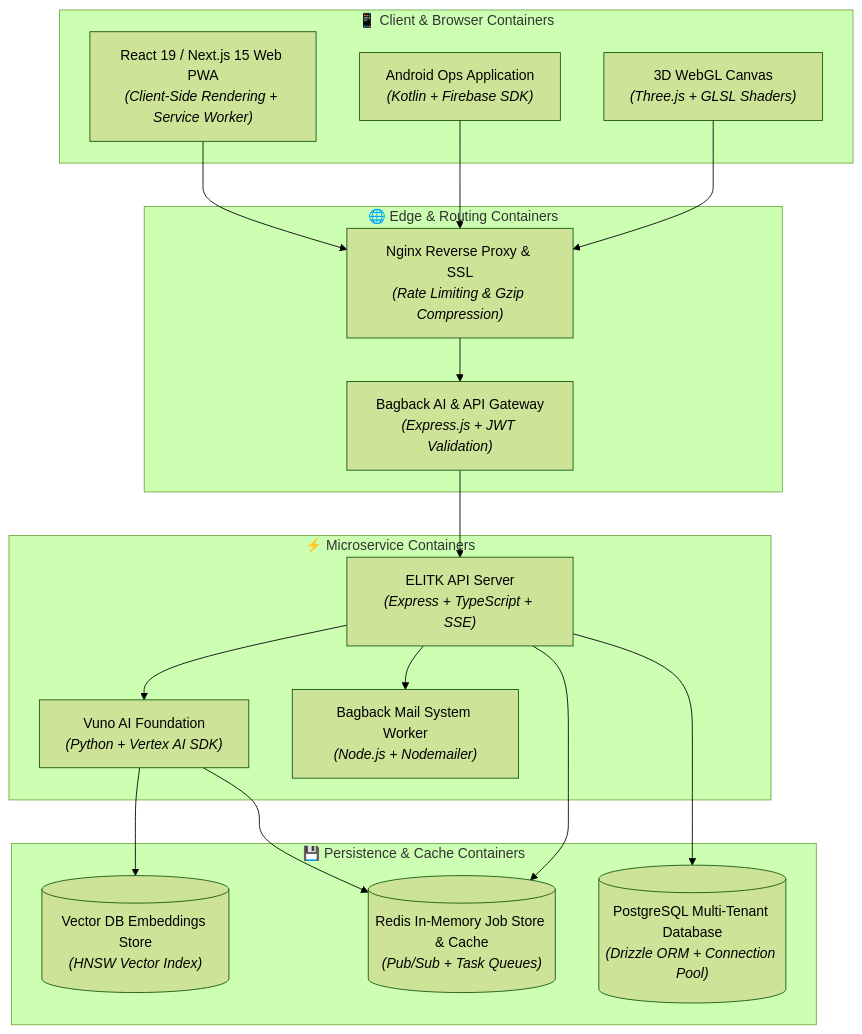
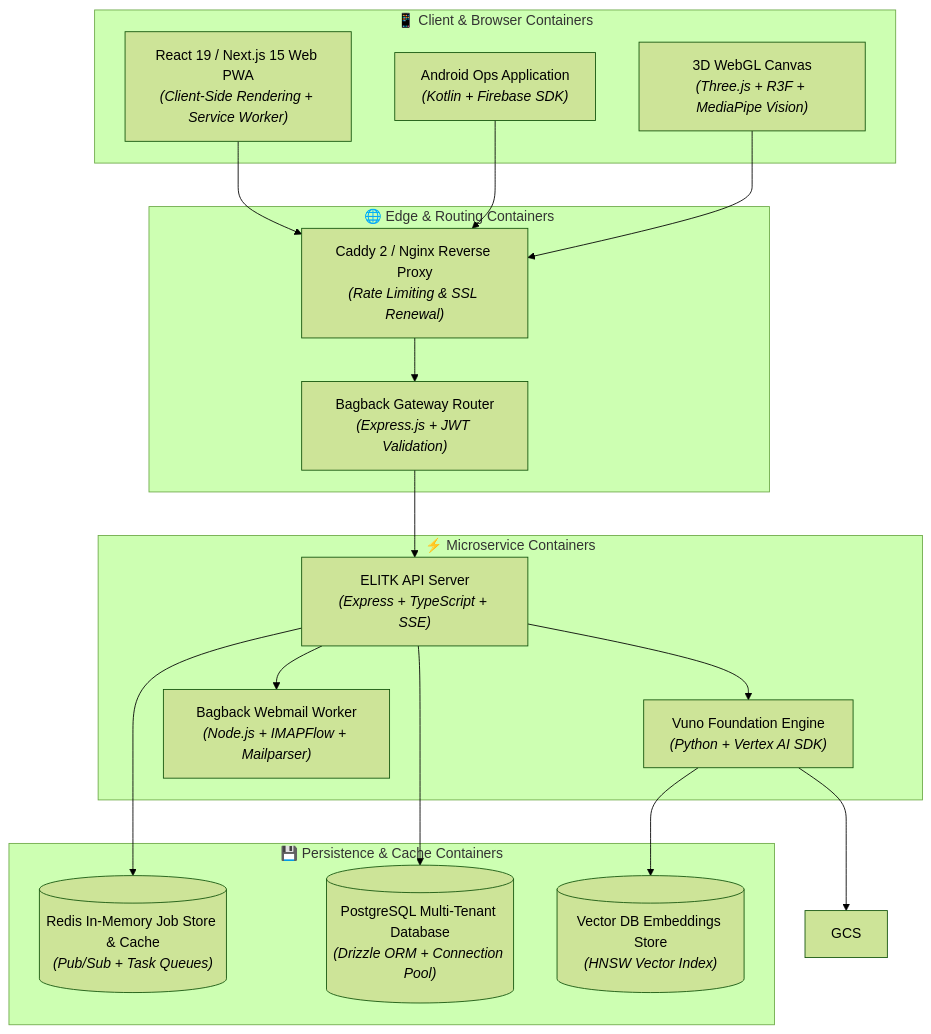
The second of 2 diagrams in docs/System-Architecture.md (mohamedosamaai/mohamedosamaai), drawn with Mermaid (forest theme) before and after one commit. The commit also changed other lines of this file and 14 other files, not shown here.

Commit message:
docs(readme): overhaul architecture showcase and purge redundant pronouns

````diff
--- a/docs/System-Architecture.md
+++ b/docs/System-Architecture.md
@@ -40,43 +40,43 @@
 ```mermaid
 graph TB
     subgraph ClientSpace ["📱 Client & Browser Containers"]
         WebPWA["React 19 / Next.js 15 Web PWA<br/><i>(Client-Side Rendering + Service Worker)</i>"]
         MobileApp["Android Ops Application<br/><i>(Kotlin + Firebase SDK)</i>"]
-        WebGLComp["3D WebGL Canvas<br/><i>(Three.js + GLSL Shaders)</i>"]
+        WebGLComp["3D WebGL Canvas<br/><i>(Three.js + R3F + MediaPipe Vision)</i>"]
     end
 
     subgraph EdgeSpace ["🌐 Edge & Routing Containers"]
-        NGINX["Nginx Reverse Proxy & SSL<br/><i>(Rate Limiting & Gzip Compression)</i>"]
-        GatewayContainer["Bagback AI & API Gateway<br/><i>(Express.js + JWT Validation)</i>"]
+        NGINX["Caddy 2 / Nginx Reverse Proxy<br/><i>(Rate Limiting & SSL Renewal)</i>"]
+        GatewayContainer["Bagback Gateway Router<br/><i>(Express.js + JWT Validation)</i>"]
     end
 
     subgraph ServiceSpace ["⚡ Microservice Containers"]
         APIServerContainer["ELITK API Server<br/><i>(Express + TypeScript + SSE)</i>"]
-        AIEngineContainer["Vuno AI Foundation<br/><i>(Python + Vertex AI SDK)</i>"]
-        MailWorkerContainer["Bagback Mail System Worker<br/><i>(Node.js + Nodemailer)</i>"]
+        VunoContainer["Vuno Foundation Engine<br/><i>(Python + Vertex AI SDK)</i>"]
+        MailWorkerContainer["Bagback Webmail Worker<br/><i>(Node.js + IMAPFlow + Mailparser)</i>"]
     end
 
     subgraph DataSpace ["💾 Persistence & Cache Containers"]
         RedisCache[("Redis In-Memory Job Store & Cache<br/><i>(Pub/Sub + Task Queues)</i>")]
         PostgresDB[("PostgreSQL Multi-Tenant Database<br/><i>(Drizzle ORM + Connection Pool)</i>")]
         VectorStore[("Vector DB Embeddings Store<br/><i>(HNSW Vector Index)</i>")]
     end
 
     %% Routing
     WebPWA --> NGINX
     MobileApp --> NGINX
     WebGLComp --> NGINX
 
     NGINX --> GatewayContainer
     GatewayContainer --> APIServerContainer
 
     %% Internal Service Calls
-    APIServerContainer --> AIEngineContainer
+    APIServerContainer --> VunoContainer
     APIServerContainer --> MailWorkerContainer
 
     %% Data Connections
     APIServerContainer --> RedisCache
     APIServerContainer --> PostgresDB
-    AIEngineContainer --> VectorStore
-    AIEngineContainer --> RedisCache
+    VunoContainer --> VectorStore
+    VunoContainer --> GCS
 ```
````
